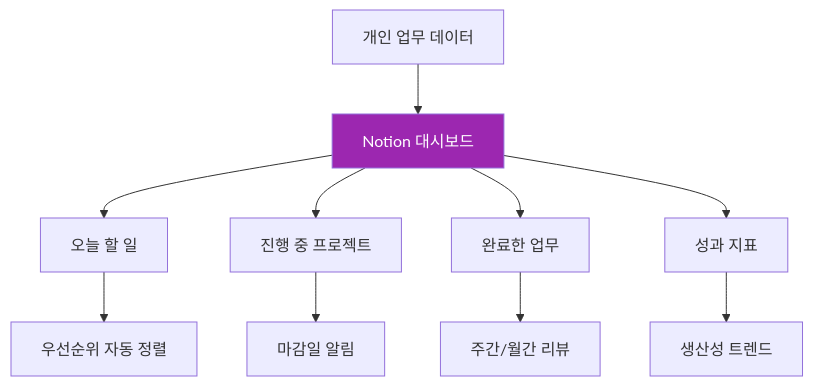
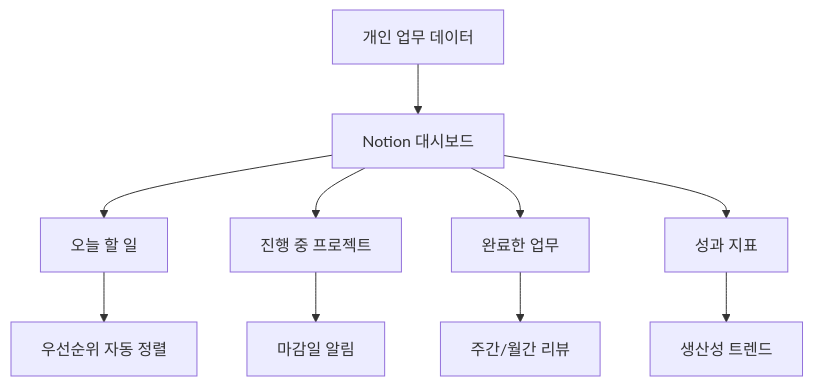
One commit to nugurejeil/weniVooks changed diagram 16 of 23 in _md/genai-notion/chapter06/06-3.md. Above: the diagram before and after it, drawn with Mermaid. The commit also changed other lines of this file and 187 other files, not shown here.

````diff
--- a/_md/genai-notion/chapter06/06-3.md
+++ b/_md/genai-notion/chapter06/06-3.md
@@ -517,16 +491,14 @@
 ```mermaid
 graph TD
     A[개인 업무 데이터] --> B[Notion 대시보드]
 
     B --> C[오늘 할 일]
     B --> D[진행 중 프로젝트]
     B --> E[완료한 업무]
     B --> F[성과 지표]
 
     C --> G[우선순위 자동 정렬]
     D --> H[마감일 알림]
     E --> I[주간/월간 리뷰]
     F --> J[생산성 트렌드]
-
-    style B fill:#9C27B0,color:#fff
 ```
````
